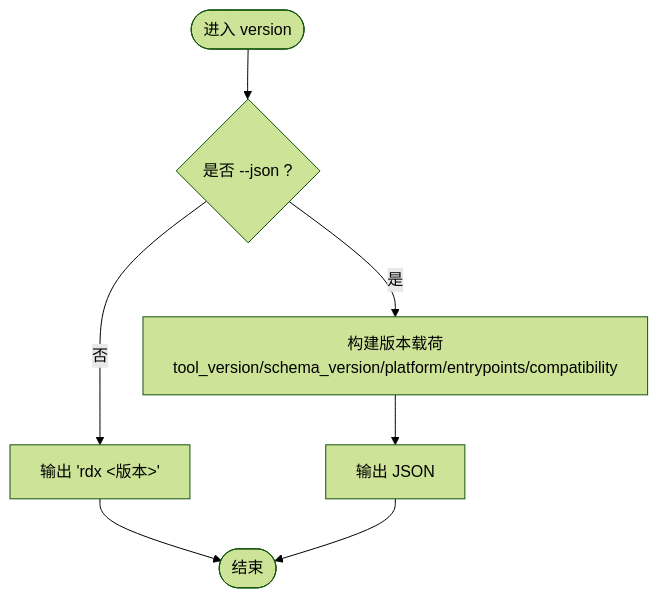
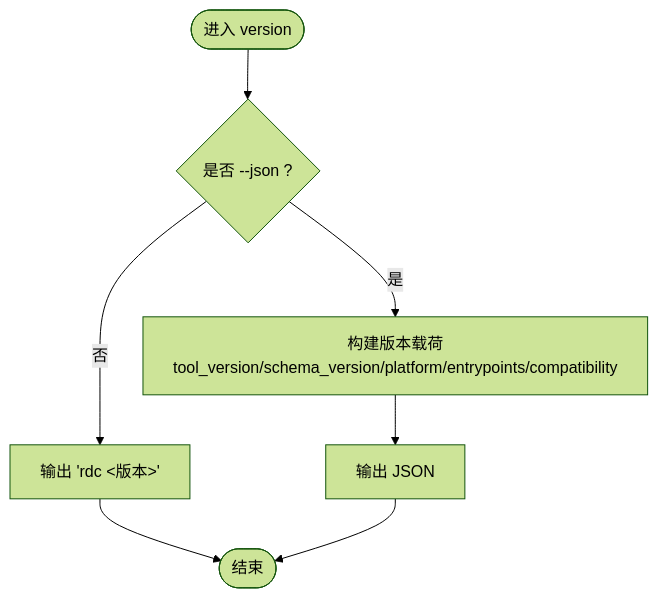
Before and after one commit to haolange/RDC-Tool: the third of 6 diagrams in .qoder/repowiki/zh/content/CLI参考手册/系统信息命令.md, drawn with Mermaid (forest theme). The commit also changed other lines of this file and 388 other files, not shown here.

````diff
--- a/.qoder/repowiki/zh/content/CLI参考手册/系统信息命令.md
+++ b/.qoder/repowiki/zh/content/CLI参考手册/系统信息命令.md
@@ -150,9 +150,9 @@
 ```mermaid
 flowchart TD
 Start(["进入 version"]) --> CheckFlag{"是否 --json ?"}
-CheckFlag -- 否 --> TextOut["输出 'rdx <版本>'"]
+CheckFlag -- 否 --> TextOut["输出 'rdc <版本>'"]
 CheckFlag -- 是 --> BuildPayload["构建版本载荷<br/>tool_version/schema_version/platform/entrypoints/compatibility"]
 BuildPayload --> JsonOut["输出 JSON"]
 TextOut --> End(["结束"])
 JsonOut --> End
 ```
````
